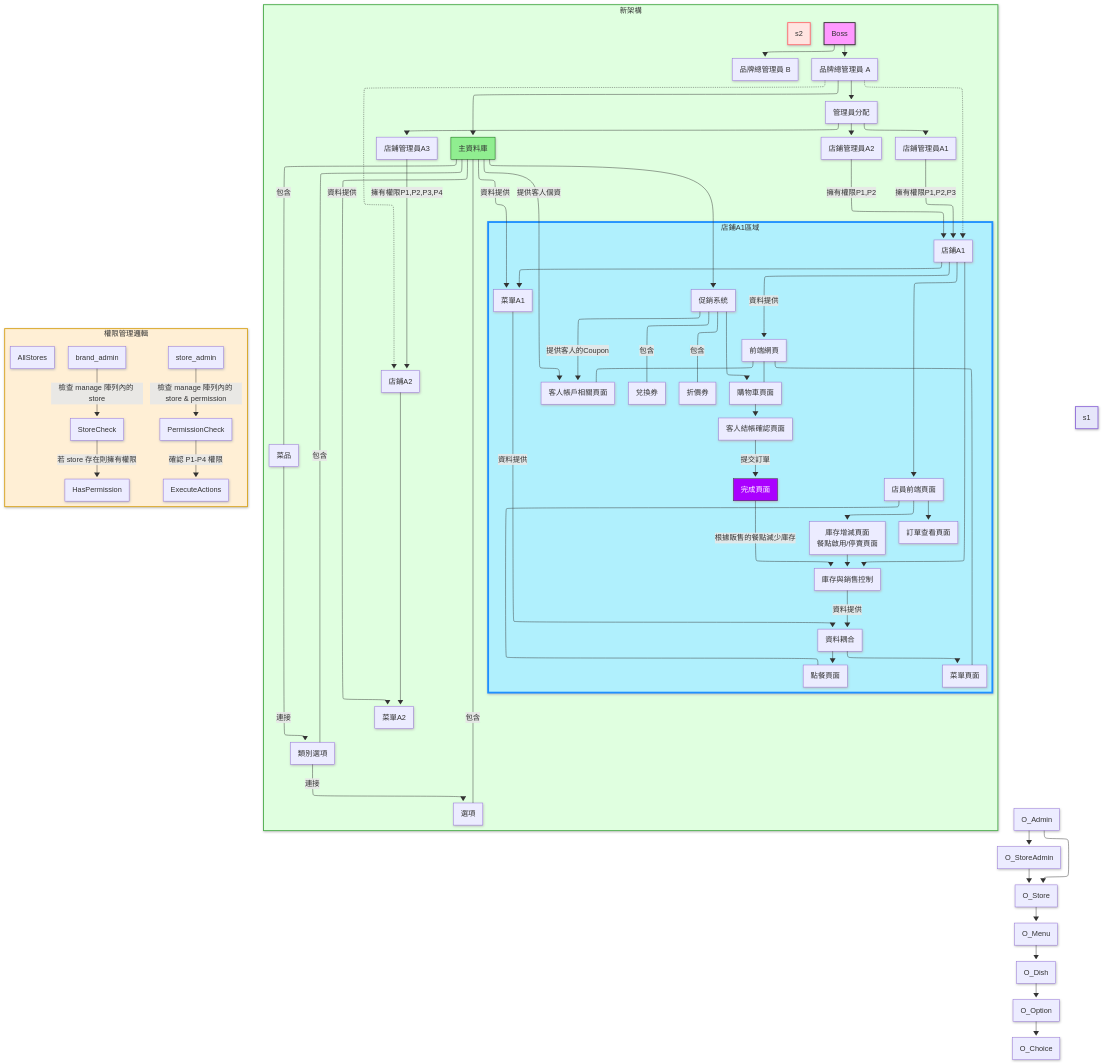
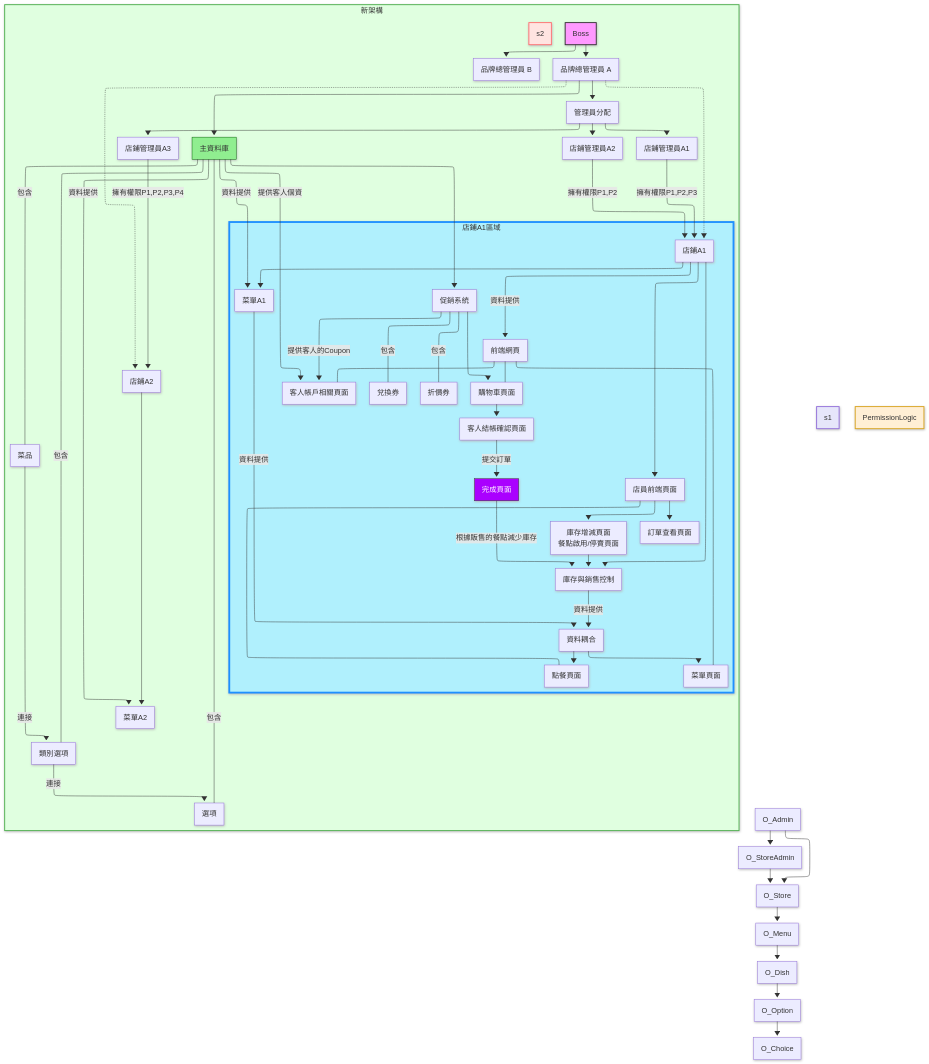
One commit to RabbirReaper/online-order-system changed the first of 3 diagrams in README.md. Above: the diagram before and after it, drawn with Mermaid.

Commit message:
移除流程圖中的權限管理邏輯子圖，簡化系統架構

```diff
--- a/README.md
+++ b/README.md
@@ -123,15 +123,6 @@
         MenuA2["菜單A2"]
         s2
         StoreAreaA1["StoreAreaA1"]
-  end
- subgraph PermissionLogic["權限管理邏輯"]
-        AllStores["AllStores"]
-        StoreCheck["StoreCheck"]
-        brand_admin["brand_admin"]
-        HasPermission["HasPermission"]
-        PermissionCheck["PermissionCheck"]
-        store_admin["store_admin"]
-        ExecuteActions["ExecuteActions"]
   end
  subgraph StoreAreaA1["店鋪A1區域"]
         StoreA1["店鋪A1"]
@@ -172,10 +163,6 @@
     brand_A_database -- 資料提供 --> MenuA1 & MenuA2
     StoreA2 --> MenuA2
     StoreA1 -- 資料提供 --> NetpageA1
-    brand_admin -- 檢查 manage 陣列內的 store --> StoreCheck
-    StoreCheck -- 若 store 存在則擁有權限 --> HasPermission
-    store_admin -- 檢查 manage 陣列內的 store & permission --> PermissionCheck
-    PermissionCheck -- "確認 P1-P4 權限" --> ExecuteActions
     Promotion -- 包含 --- ExCoupon & DiscountCoupon
     brand_A_database --> Promotion
     NetpageA1 --- MenuPage & CustomerCountPage & ShoppingCartPage
```
